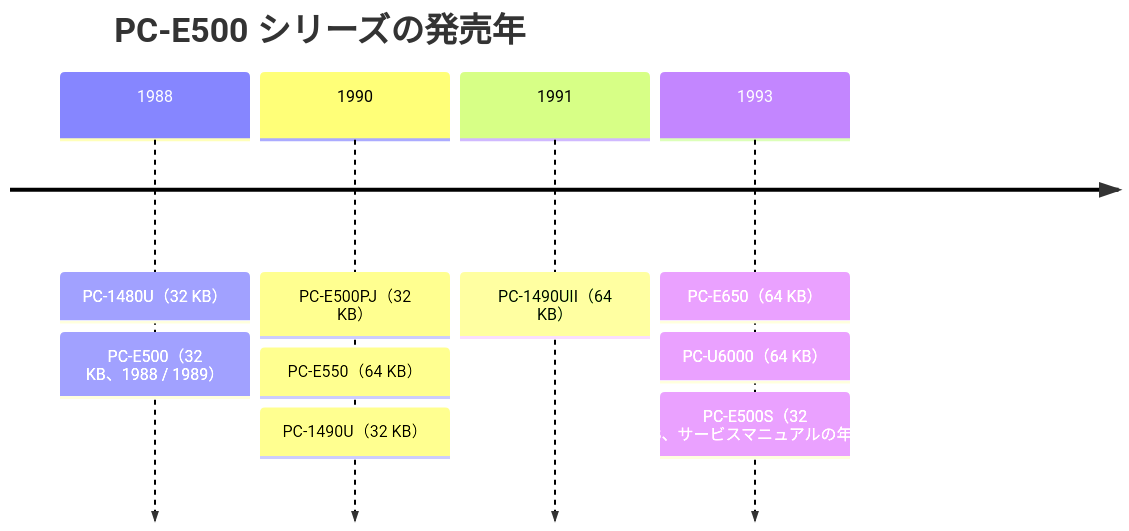
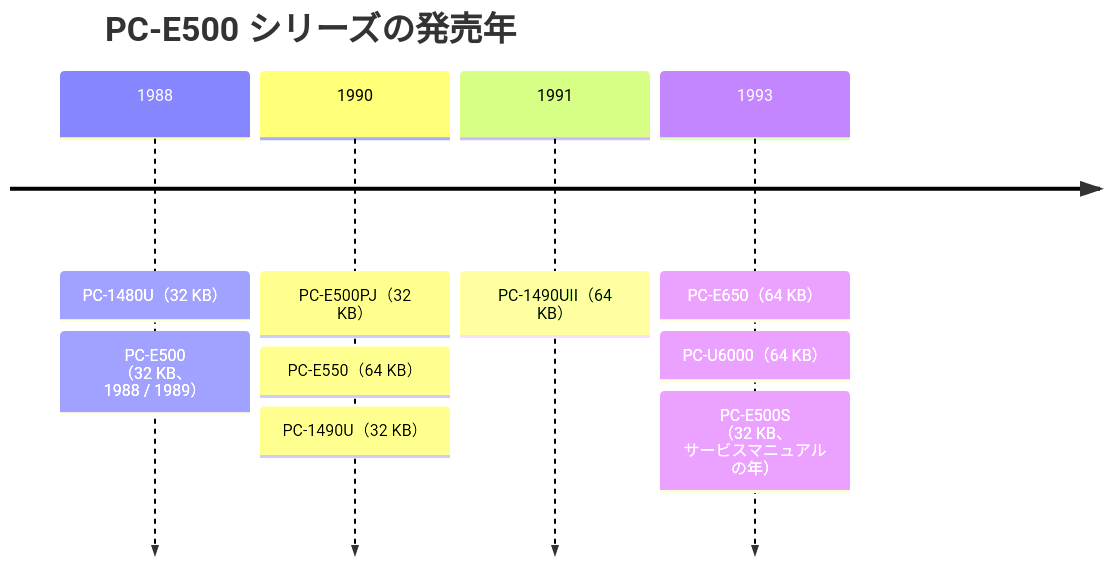
Before and after one commit to litchi-gh/pc-e500_tools: the second of 3 diagrams in docs/analysis/16_PERIPHERALS.md, drawn with Mermaid. The commit also changed 14 other files, not shown here.

First line of the commit message:
Docs: wrap state diagram and timeline labels by hand

````diff
--- a/docs/analysis/16_PERIPHERALS.md
+++ b/docs/analysis/16_PERIPHERALS.md
@@ -92,9 +92,9 @@
 ```mermaid
 %%{init: {"htmlLabels": false, "flowchart": {"htmlLabels": false, "wrappingWidth": 1000}}}%%
 timeline
   title PC-E500 シリーズの発売年
-  1988 : PC-1480U（32 KB） : PC-E500（32 KB、1988 / 1989）
+  1988 : PC-1480U（32 KB） : PC-E500<br>（32 KB、<br>1988 / 1989）
   1990 : PC-E500PJ（32 KB） : PC-E550（64 KB） : PC-1490U（32 KB）
   1991 : PC-1490UII（64 KB）
-  1993 : PC-E650（64 KB） : PC-U6000（64 KB） : PC-E500S（32 KB、サービスマニュアルの年）
+  1993 : PC-E650（64 KB） : PC-U6000（64 KB） : PC-E500S<br>（32 KB、<br>サービスマニュアル<br>の年）
 ```
````
